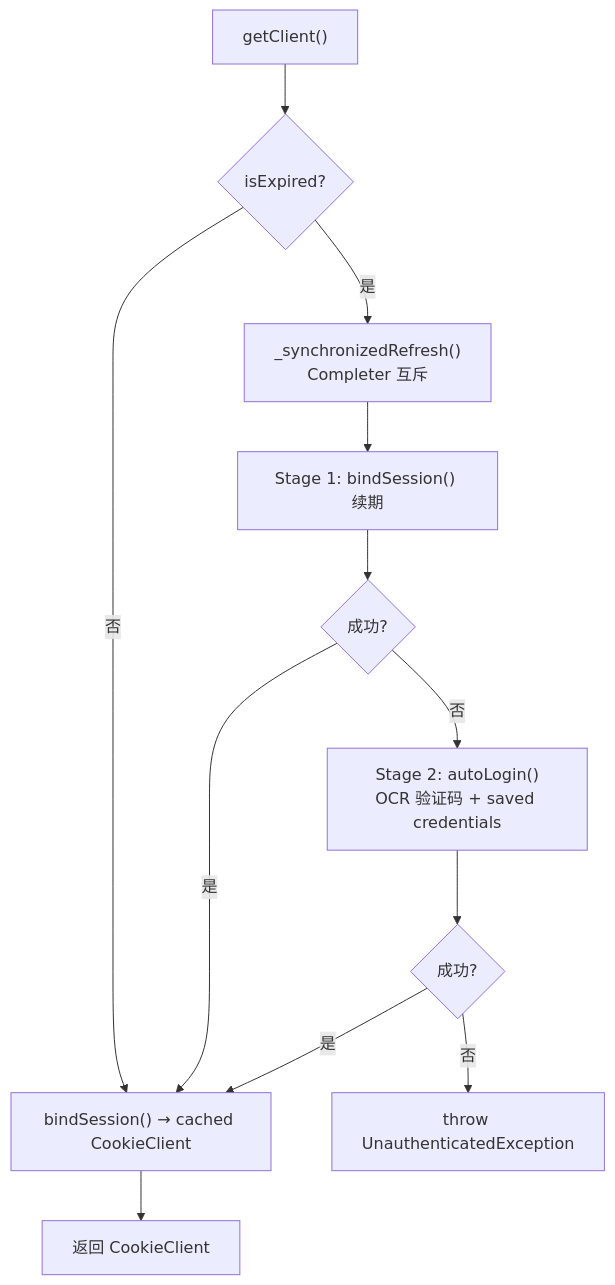
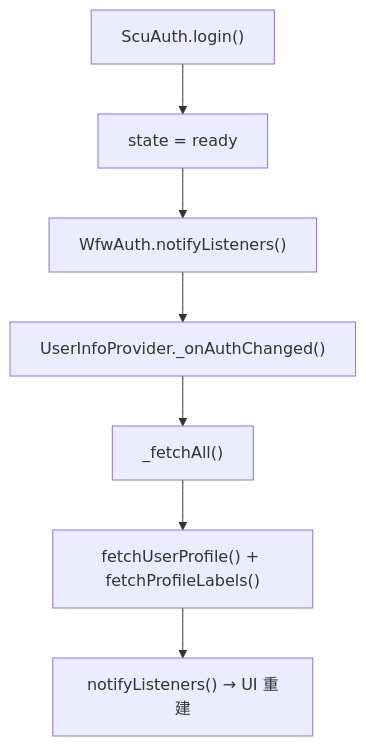
The fourth of 8 diagrams in docs/decisions/auth-architecture.md (oldplum/Bugaoshan), drawn with Mermaid before and after one commit. The commit also changed other lines of this file, not shown here.

Commit message:
docs: rewrite auth-architecture.md with reactive notification chain

````diff
--- a/docs/decisions/auth-architecture.md
+++ b/docs/decisions/auth-architecture.md
@@ -106,15 +170,9 @@
 ```mermaid
 graph TD
-    A["getClient()"] --> B{"isExpired?"}
-    B -->|"否"| C["bindSession() → cached CookieClient"]
-    B -->|"是"| D["_synchronizedRefresh()<br/>Completer 互斥"]
-    D --> D1["Stage 1: bindSession() 续期"]
-    D1 --> D1OK{"成功?"}
-    D1OK -->|"是"| C
-    D1OK -->|"否"| D2["Stage 2: autoLogin()<br/>OCR 验证码 + saved credentials"]
-    D2 --> D2OK{"成功?"}
-    D2OK -->|"是"| C
-    D2OK -->|"否"| ERR["throw UnauthenticatedException"]
-
-    C --> E["返回 CookieClient"]
+    A["ScuAuth.login()"] --> B["state = ready"]
+    B --> C["WfwAuth.notifyListeners()"]
+    C --> D["UserInfoProvider._onAuthChanged()"]
+    D --> E["_fetchAll()"]
+    E --> F["fetchUserProfile() + fetchProfileLabels()"]
+    F --> G["notifyListeners() → UI 重建"]
 ```
````
